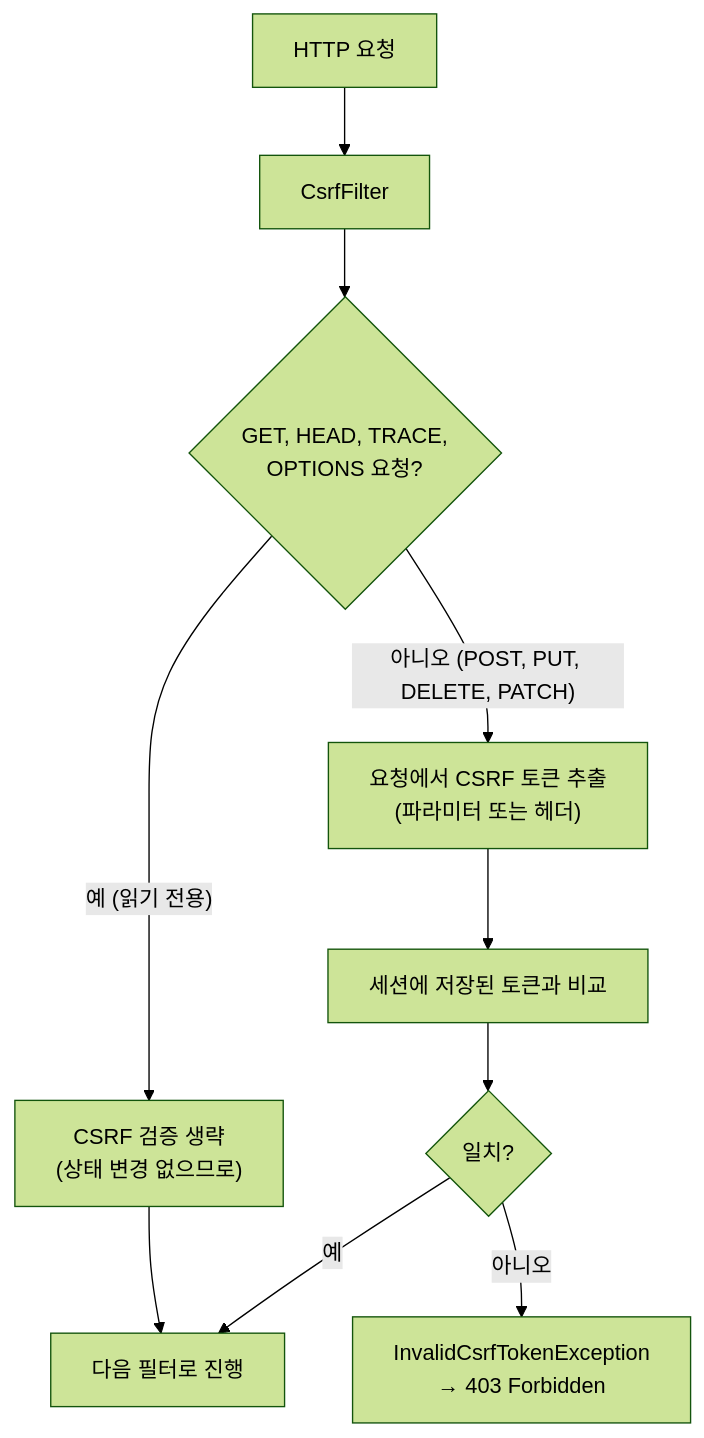
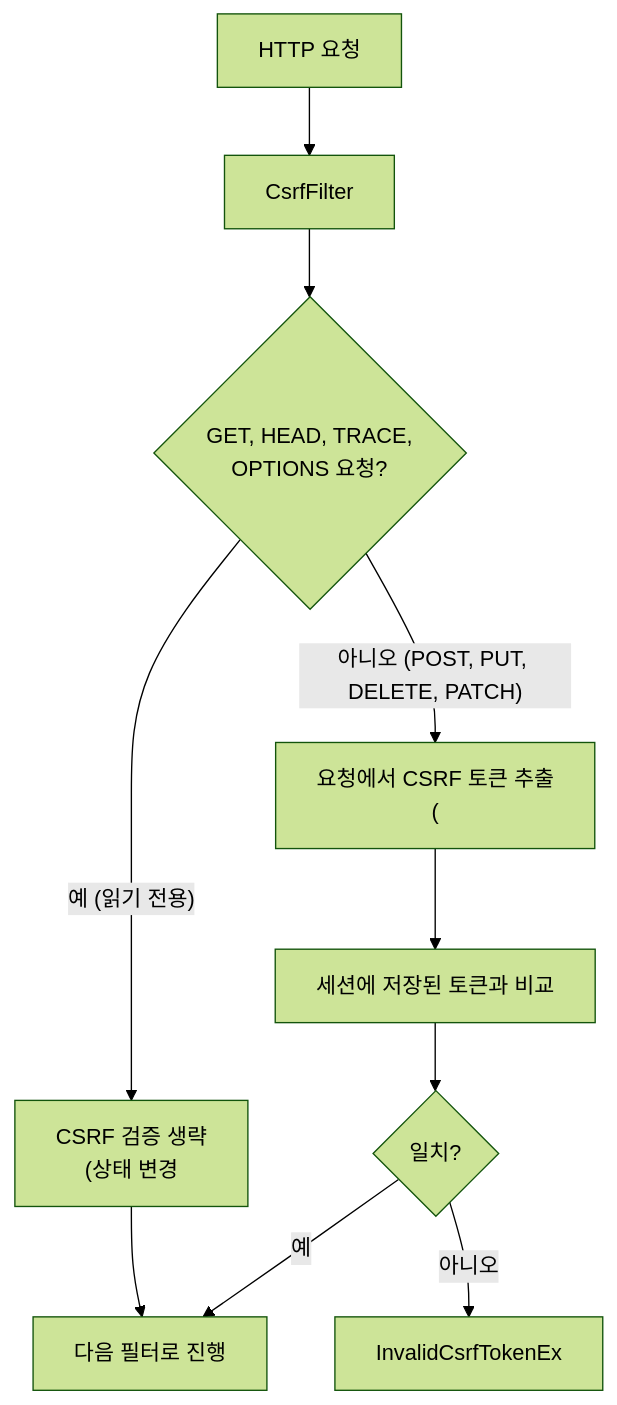
The third of 3 diagrams in _posts/security/2021-05-19-사이트 간 요청 위조-CSRF, CsrfFilter.md (yjkim2015/yjkim2015.github.io), drawn with Mermaid (forest theme) before and after one commit. The commit also changed 271 other files, not shown here.

First line of the commit message:
Mermaid 라벨 축소: 긴 노드 텍스트 18자 이하로 트림 + \n 제거

````diff
--- a/_posts/security/2021-05-19-사이트 간 요청 위조-CSRF, CsrfFilter.md
+++ b/_posts/security/2021-05-19-사이트 간 요청 위조-CSRF, CsrfFilter.md
@@ -162,12 +162,12 @@
 ```mermaid
 flowchart TD
     A["HTTP 요청"] --> B["CsrfFilter"]
     B --> C{"GET, HEAD, TRACE,\nOPTIONS 요청?"}
-    C -- "예 (읽기 전용)" --> D["CSRF 검증 생략\n(상태 변경 없으므로)"]
-    C -- "아니오 (POST, PUT, DELETE, PATCH)" --> E["요청에서 CSRF 토큰 추출\n(파라미터 또는 헤더)"]
+    C -- "예 (읽기 전용)" --> D["CSRF 검증 생략\n(상태 변경"]
+    C -- "아니오 (POST, PUT, DELETE, PATCH)" --> E["요청에서 CSRF 토큰 추출\n("]
     E --> F["세션에 저장된 토큰과 비교"]
     F --> G{"일치?"}
     G -- "예" --> H["다음 필터로 진행"]
-    G -- "아니오" --> I["InvalidCsrfTokenException\n→ 403 Forbidden"]
+    G -- "아니오" --> I["InvalidCsrfTokenEx"]
     D --> H
 ```
````
